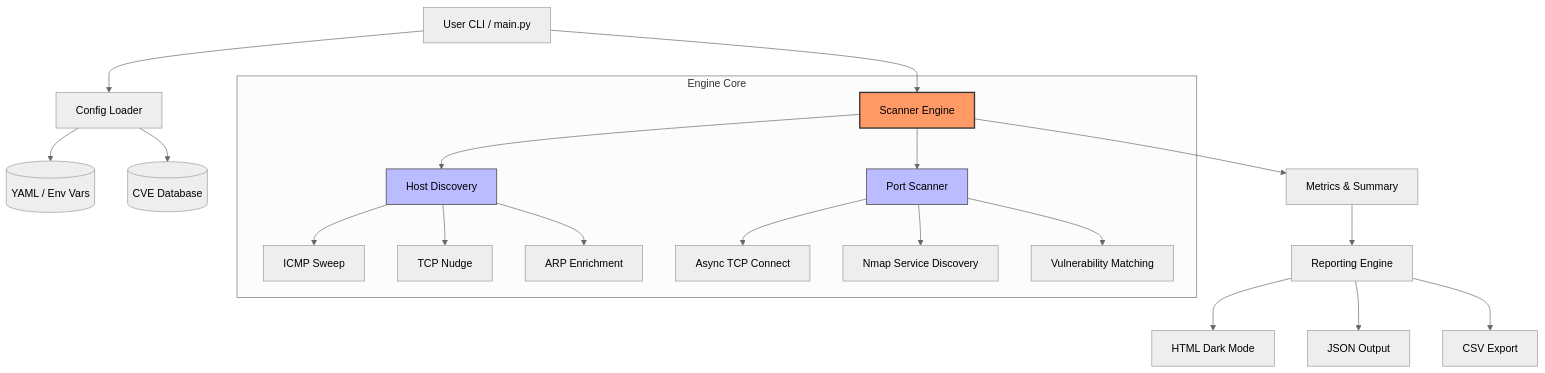
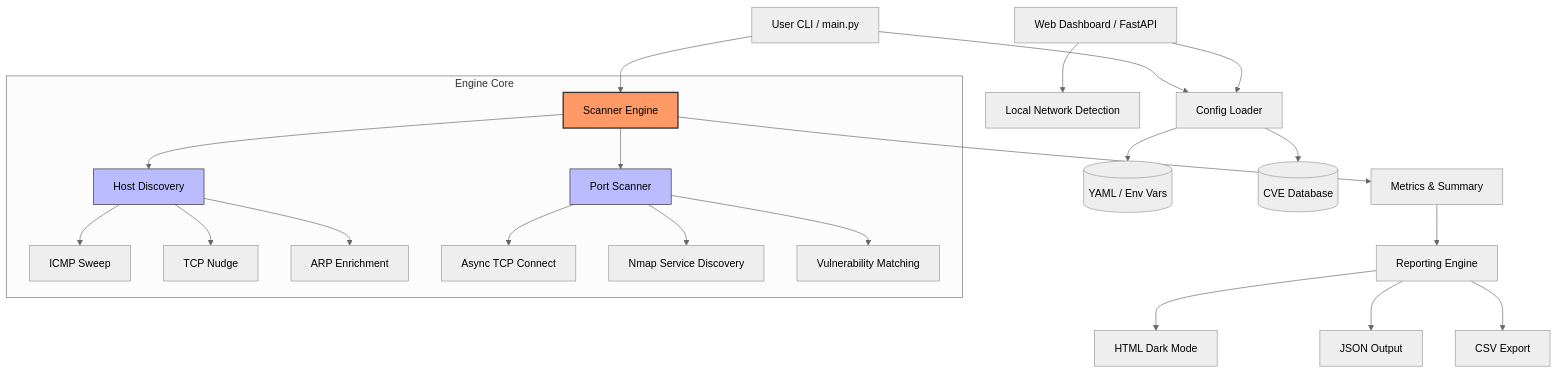
One commit to Ayaan-22/NetScope changed the diagram in README.md. Above: the diagram before and after it, drawn with Mermaid (neutral theme). The commit also changed other lines of this file and 29 other files, not shown here.

````diff
--- a/README.md
+++ b/README.md
@@ -44,31 +46,33 @@
 ```mermaid
 graph TD
     A[User CLI / main.py] --> B[Config Loader]
+    A2[Web Dashboard / FastAPI] --> B
+    A2 --> A3[Local Network Detection]
     B --> C[(YAML / Env Vars)]
     B --> D[(CVE Database)]
     
     A --> E[Scanner Engine]
     
     subgraph "Engine Core"
         E --> F[Host Discovery]
         F --> F1[ICMP Sweep]
         F --> F2[TCP Nudge]
         F --> F3[ARP Enrichment]
         
         E --> G[Port Scanner]
         G --> G1[Async TCP Connect]
         G --> G2[Nmap Service Discovery]
         G --> G3[Vulnerability Matching]
     end
     
     E --> H[Metrics & Summary]
     H --> I[Reporting Engine]
     
     I --> J[HTML Dark Mode]
     I --> K[JSON Output]
     I --> L[CSV Export]
     
     style E fill:#f96,stroke:#333,stroke-width:2px
     style F fill:#bbf,stroke:#333,stroke-width:1px
     style G fill:#bbf,stroke:#333,stroke-width:1px
 ```
````
